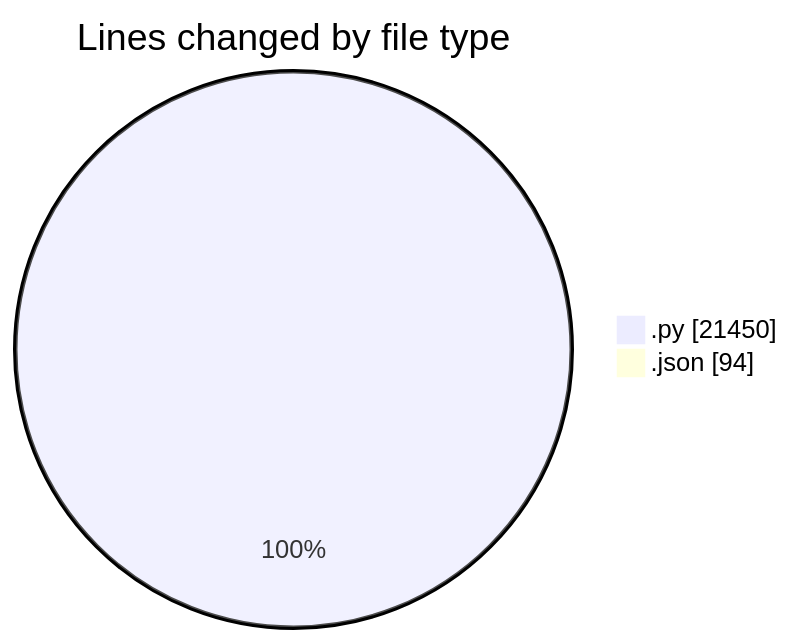
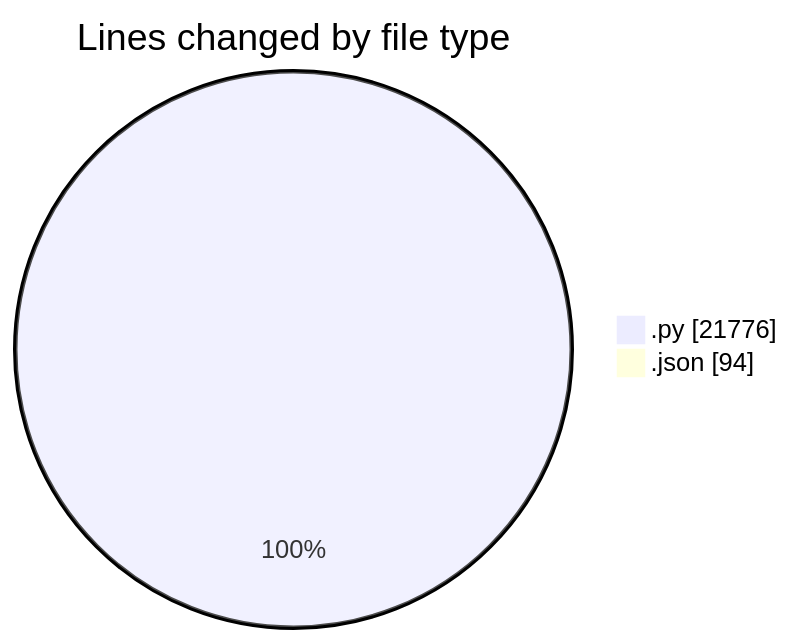
Before and after one commit to jrari/code-tracking: the first of 2 diagrams in 2025-07-14/telebot/README.md, drawn with Mermaid. The commit also changed other lines of this file and 1 other file, not shown here.

````diff
--- a/2025-07-14/telebot/README.md
+++ b/2025-07-14/telebot/README.md
@@ -46,6 +46,6 @@
 ```mermaid
 pie showData
 title Lines changed by file type
-".py" : 21450
+".py" : 21776
 ".json" : 94
 ```
````
